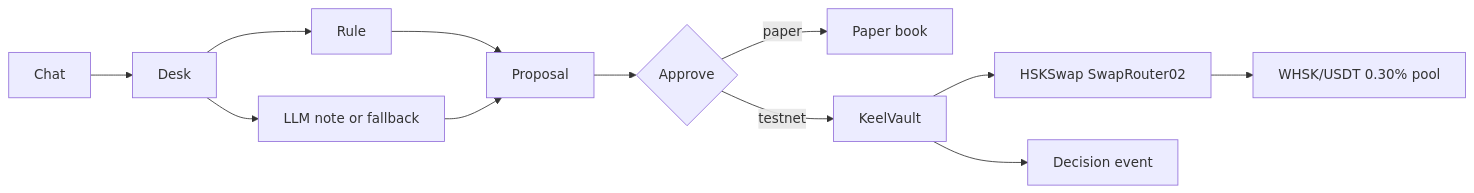
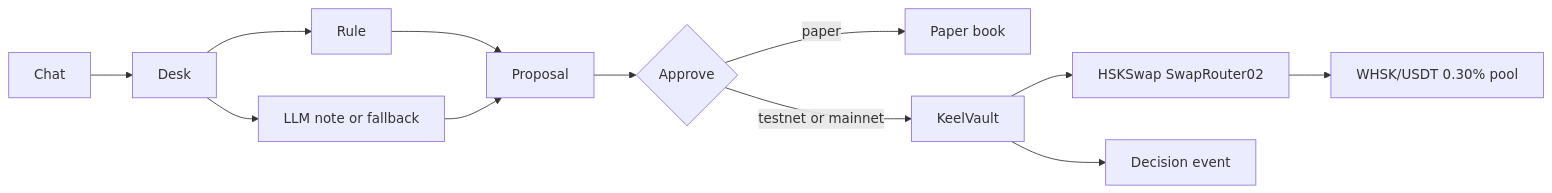
Before and after one commit to yayguru/keel-hsk: the diagram in README.md, drawn with Mermaid. The commit also changed other lines of this file and 6 other files, not shown here.

First line of the commit message:
Deploy KeelVault on HSK Chain mainnet, verified, with two Decision swaps from the desk

````diff
--- a/README.md
+++ b/README.md
@@ -15,14 +17,14 @@
 ```mermaid
 flowchart LR
   user[Chat] --> desk[Desk]
   desk --> rule[Rule]
   desk --> llm[LLM note or fallback]
   rule --> proposal[Proposal]
   llm --> proposal
   proposal --> approve{Approve}
   approve -->|paper| book[Paper book]
-  approve -->|testnet| vault[KeelVault]
+  approve -->|testnet or mainnet| vault[KeelVault]
   vault --> router[HSKSwap SwapRouter02]
   router --> pool[WHSK/USDT 0.30% pool]
   vault --> log[Decision event]
 ```
````
